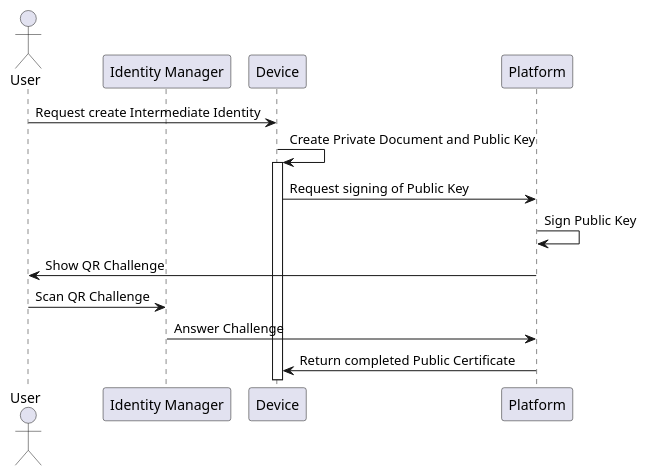
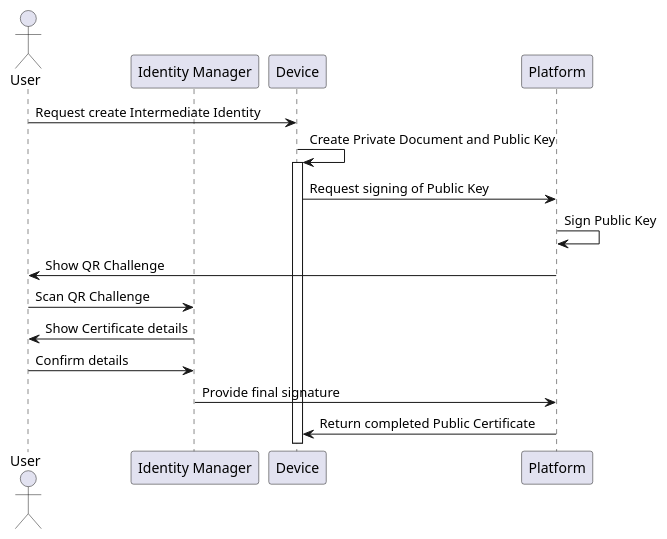
One commit to Gisleburt/open-metaverse-id changed the diagram in sequence_diagrams/examples/5.create-intermediate-identity.puml. Above: the diagram before and after it, drawn with PlantUML. The commit also changed 2 other files, not shown here.

Commit message:
add authenticate with service via platform sequence diagram

```diff
--- a/sequence_diagrams/examples/5.create-intermediate-identity.puml
+++ b/sequence_diagrams/examples/5.create-intermediate-identity.puml
@@ -1,18 +1,20 @@
 @startuml
 
 actor "User" as user
 participant "Identity Manager" as im
 participant Device as dev
 participant Platform as plat
 
 
 user -> dev: Request create Intermediate Identity
 dev -> dev ++: Create Private Document and Public Key
 dev -> plat: Request signing of Public Key
 plat -> plat: Sign Public Key
 plat -> user: Show QR Challenge
 user -> im: Scan QR Challenge
-im -> plat: Answer Challenge
+im -> user: Show Certificate details
+user -> im: Confirm details
+im -> plat: Provide final signature
 plat -> dev --: Return completed Public Certificate
 
 @enduml
```
